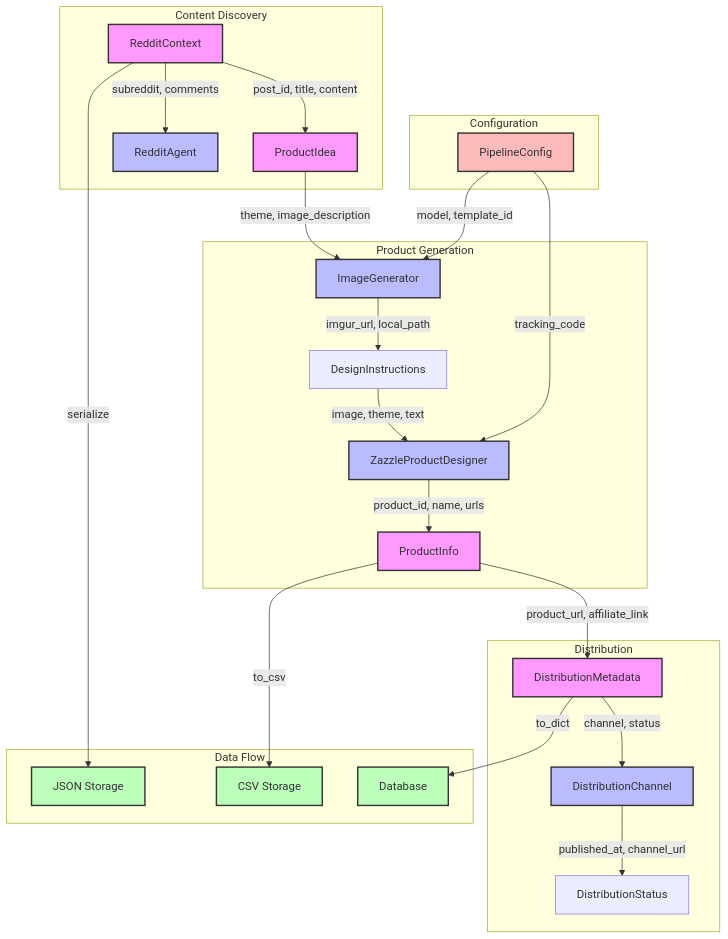
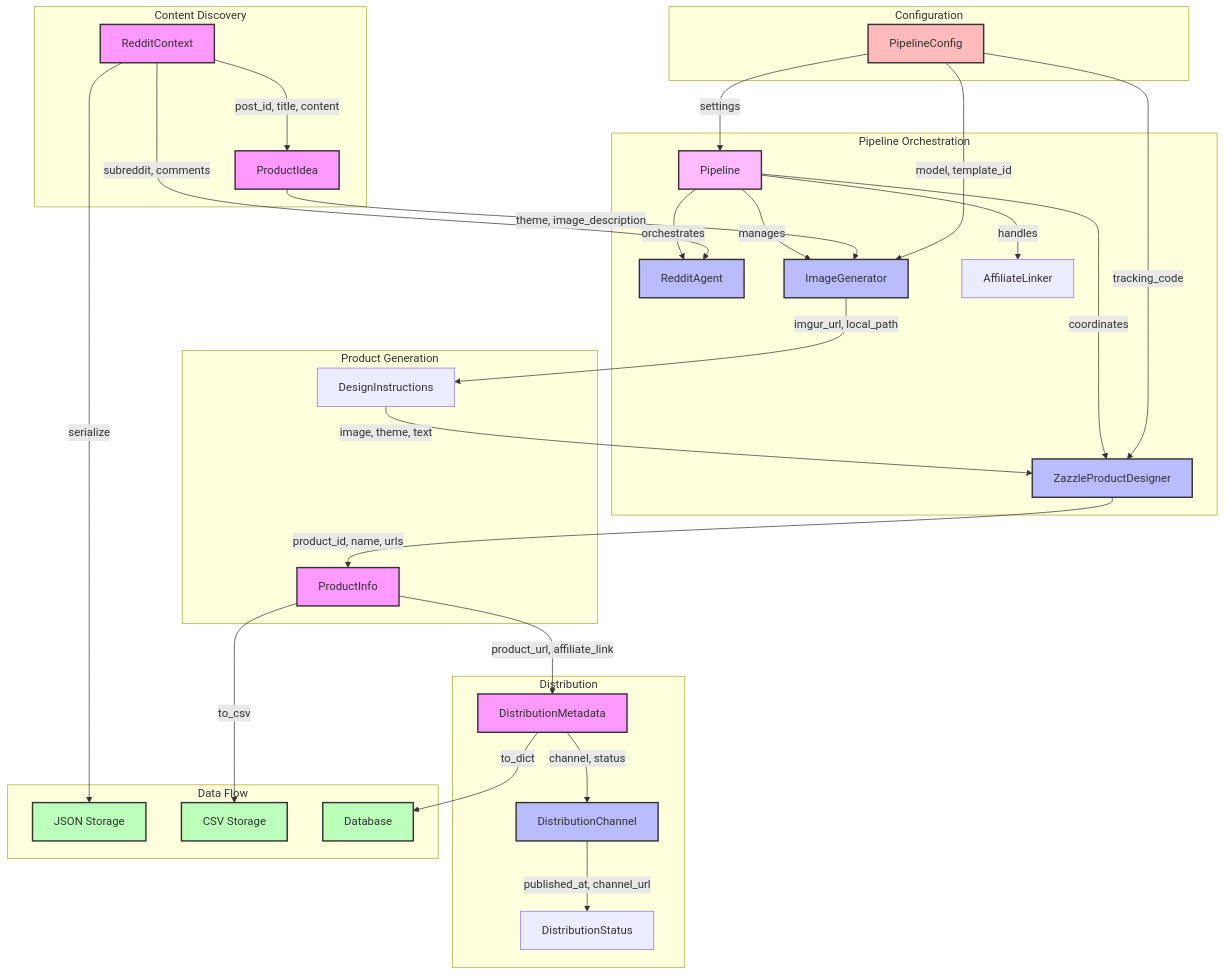
One commit to sctennis77/zazzle-agent changed the diagram in README.md. Above: the diagram before and after it, drawn with Mermaid. The commit also changed other lines of this file, not shown here.

Commit message:
docs: update README to include Pipeline component and its role in system architecture

````diff
--- a/README.md
+++ b/README.md
@@ -29,41 +36,51 @@
 ```mermaid
 graph TD
+    subgraph "Pipeline Orchestration"
+        PL[Pipeline] --> |orchestrates| RA[RedditAgent]
+        PL --> |manages| IG[ImageGenerator]
+        PL --> |coordinates| ZPD[ZazzleProductDesigner]
+        PL --> |handles| AL[AffiliateLinker]
+    end
+
     subgraph "Content Discovery"
         RC[RedditContext] --> |post_id, title, content| PI[ProductIdea]
-        RC --> |subreddit, comments| RA[RedditAgent]
+        RC --> |subreddit, comments| RA
     end
 
     subgraph "Product Generation"
-        PI --> |theme, image_description| IG[ImageGenerator]
+        PI --> |theme, image_description| IG
         IG --> |imgur_url, local_path| DI[DesignInstructions]
-        DI --> |image, theme, text| ZPD[ZazzleProductDesigner]
+        DI --> |image, theme, text| ZPD
         ZPD --> |product_id, name, urls| PF[ProductInfo]
     end
 
     subgraph "Distribution"
         PF --> |product_url, affiliate_link| DM[DistributionMetadata]
         DM --> |channel, status| DC[DistributionChannel]
         DC --> |published_at, channel_url| DS[DistributionStatus]
     end
 
     subgraph "Configuration"
         PC[PipelineConfig] --> |model, template_id| IG
         PC --> |tracking_code| ZPD
+        PC --> |settings| PL
     end
 
     subgraph "Data Flow"
         RC --> |serialize| JSON[JSON Storage]
         PF --> |to_csv| CSV[CSV Storage]
         DM --> |to_dict| DB[Database]
     end
 
     classDef model fill:#f9f,stroke:#333,stroke-width:2px
     classDef agent fill:#bbf,stroke:#333,stroke-width:2px
     classDef storage fill:#bfb,stroke:#333,stroke-width:2px
     classDef config fill:#fbb,stroke:#333,stroke-width:2px
+    classDef pipeline fill:#fbf,stroke:#333,stroke-width:2px
 
     class RC,PI,PF,DM model
     class RA,ZPD,IG,DC agent
     class JSON,CSV,DB storage
     class PC config
+    class PL pipeline
 ```
````
